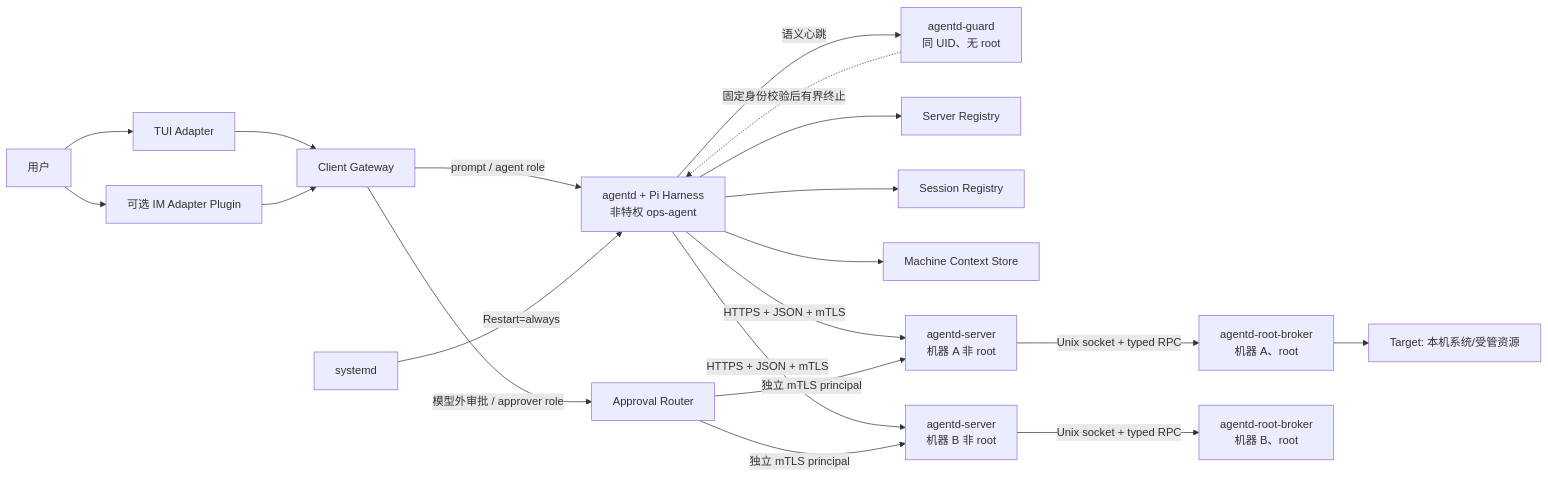
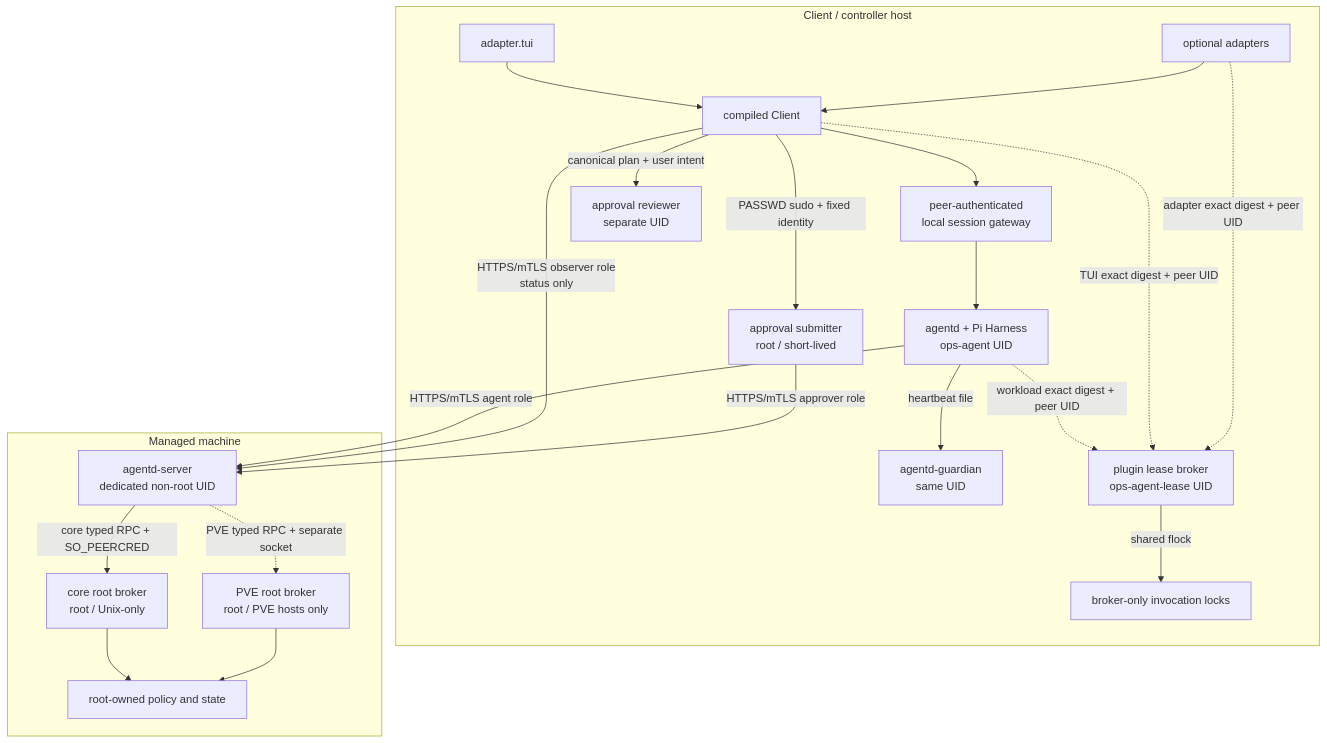
The diagram in docs/architecture.md (KiritoKing/pi-ops-agent), drawn with Mermaid before and after one commit. The commit also changed other lines of this file and 281 other files, not shown here.

Commit message:
feat: refactor core around source plugins and typed workloads

````diff
--- a/docs/architecture.md
+++ b/docs/architecture.md
@@ -55,22 +30,41 @@
 ```mermaid
-flowchart LR
-  U["用户"] --> T["TUI Adapter"]
-  U --> I["可选 IM Adapter Plugin"]
-  T --> C["Client Gateway"]
-  I --> C
-  C -->|"prompt / agent role"| A["agentd + Pi Harness\n非特权 ops-agent"]
-  C -->|"模型外审批 / approver role"| P["Approval Router"]
-  A -->|"语义心跳"| G["agentd-guard\n同 UID、无 root"]
-  G -.->|"固定身份校验后有界终止"| A
-  SD["systemd"] -->|"Restart=always"| A
-  A --> R["Server Registry"]
-  A --> S["Session Registry"]
-  A --> M["Machine Context Store"]
-  A -->|"HTTPS + JSON + mTLS"| E1["agentd-server\n机器 A 非 root"]
-  A -->|"HTTPS + JSON + mTLS"| E2["agentd-server\n机器 B 非 root"]
-  P -->|"独立 mTLS principal"| E1
-  P -->|"独立 mTLS principal"| E2
-  E1 -->|"Unix socket + typed RPC"| H1["agentd-root-broker\n机器 A、root"]
-  E2 -->|"Unix socket + typed RPC"| H2["agentd-root-broker\n机器 B、root"]
-  H1 --> TA["Target: 本机系统/受管资源"]
+flowchart TB
+  subgraph ClientHost["Client / controller host"]
+    T["adapter.tui"]
+    I["optional adapters"]
+    C["compiled Client"]
+    X["peer-authenticated\nlocal session gateway"]
+    A["agentd + Pi Harness\nops-agent UID"]
+    G["agentd-guardian\nsame UID"]
+    V["approval reviewer\nseparate UID"]
+    L["plugin lease broker\nops-agent-lease UID"]
+    K["broker-only invocation locks"]
+    Q["approval submitter\nroot / short-lived"]
+    T --> C
+    I --> C
+    C --> X
+    X --> A
+    A -->|"heartbeat file"| G
+    A -.->|"workload exact digest + peer UID"| L
+    C -.->|"TUI exact digest + peer UID"| L
+    I -.->|"adapter exact digest + peer UID"| L
+    L -->|"shared flock"| K
+    C -->|"canonical plan + user intent"| V
+    C -->|"PASSWD sudo + fixed identity"| Q
+  end
+
+  subgraph ManagedHost["Managed machine"]
+    S["agentd-server\ndedicated non-root UID"]
+    R["core root broker\nroot / Unix-only"]
+    PR["PVE root broker\nroot / PVE hosts only"]
+    P["root-owned policy and state"]
+    S -->|"core typed RPC + SO_PEERCRED"| R
+    S -.->|"PVE typed RPC + separate socket"| PR
+    R --> P
+    PR --> P
+  end
+
+  A -->|"HTTPS/mTLS agent role"| S
+  C -->|"HTTPS/mTLS observer role\nstatus only"| S
+  Q -->|"HTTPS/mTLS approver role"| S
 ```
````
